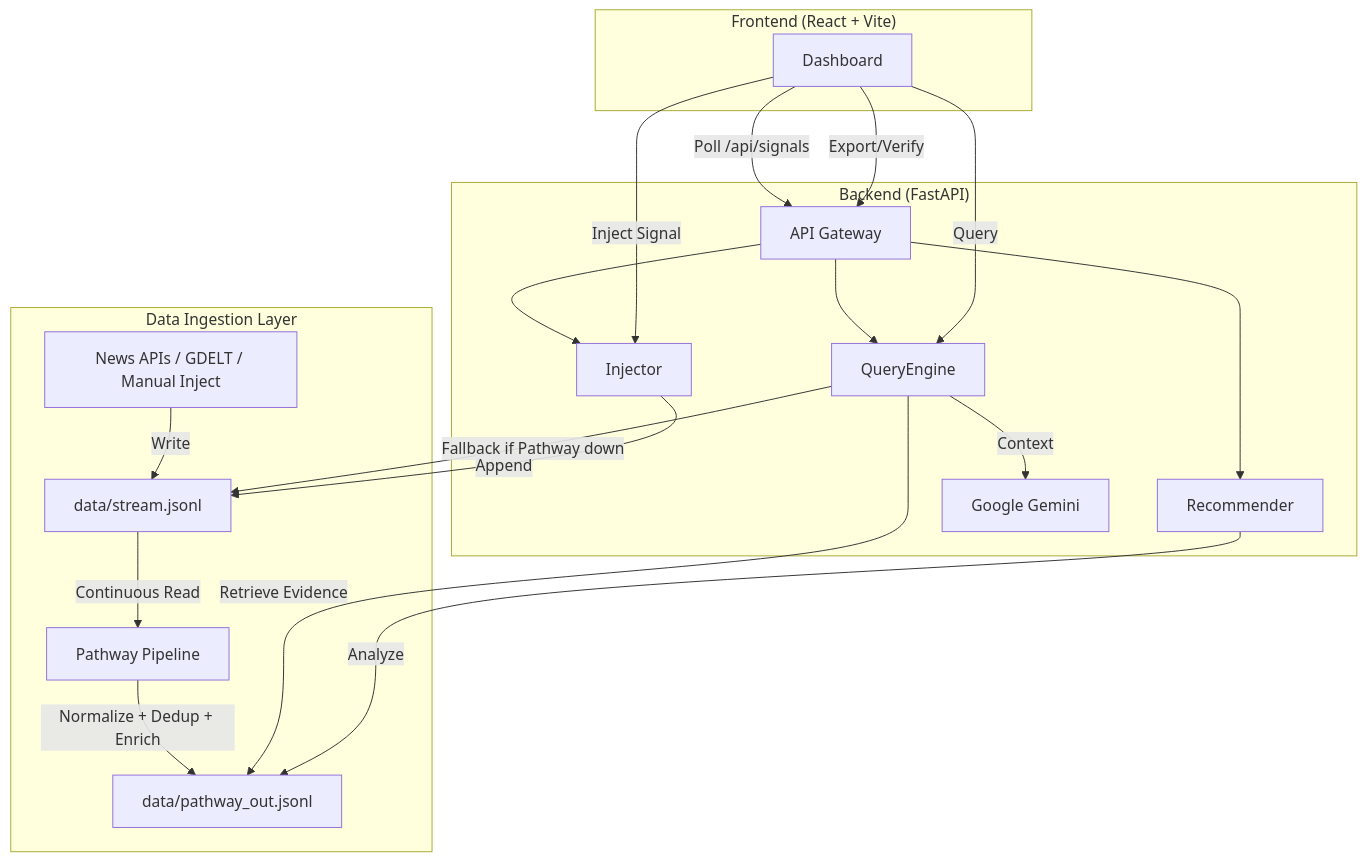
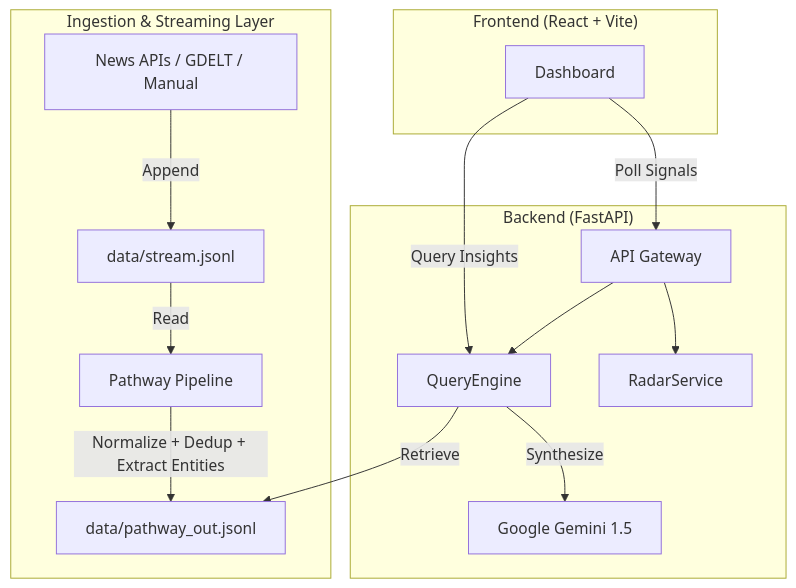
One commit to SanskarG-20/SiliconPulse changed the diagram in README.md. Above: the diagram before and after it, drawn with Mermaid. The commit also changed other lines of this file, not shown here.

````diff
--- a/README.md
+++ b/README.md
@@ -60,26 +36,20 @@
 ```mermaid
 graph TD
-    subgraph "Data Ingestion Layer"
-        Sources[News APIs / GDELT / Manual Inject] -->|Write| RawStream[data/stream.jsonl]
-        RawStream -->|Continuous Read| Pathway[Pathway Pipeline]
-        Pathway -->|Normalize + Dedup + Enrich| ProcessedStream[data/pathway_out.jsonl]
+    subgraph "Ingestion & Streaming Layer"
+        Sources[News APIs / GDELT / Manual] -->|Append| RawStream[data/stream.jsonl]
+        RawStream -->|Read| Pathway[Pathway Pipeline]
+        Pathway -->|Normalize + Dedup + Extract Entities| ProcessedStream[data/pathway_out.jsonl]
     end
 
     subgraph "Backend (FastAPI)"
         API[API Gateway] --> QueryEngine
-        API --> Injector
-        API --> Recommender
-        QueryEngine -->|Retrieve Evidence| ProcessedStream
-        QueryEngine -->|Fallback if Pathway down| RawStream
-        QueryEngine -->|Context| LLM[Google Gemini]
-        Recommender -->|Analyze| ProcessedStream
-        Injector -->|Append| RawStream
+        API --> RadarService
+        QueryEngine -->|Retrieve| ProcessedStream
+        QueryEngine -->|Synthesize| LLM[Google Gemini 1.5]
     end
 
     subgraph "Frontend (React + Vite)"
-        UI[Dashboard] -->|Poll /api/signals| API
-        UI -->|Inject Signal| Injector
-        UI -->|Query| QueryEngine
-        UI -->|Export/Verify| API
+        UI[Dashboard] -->|Poll Signals| API
+        UI -->|Query Insights| QueryEngine
     end
 ```
````
